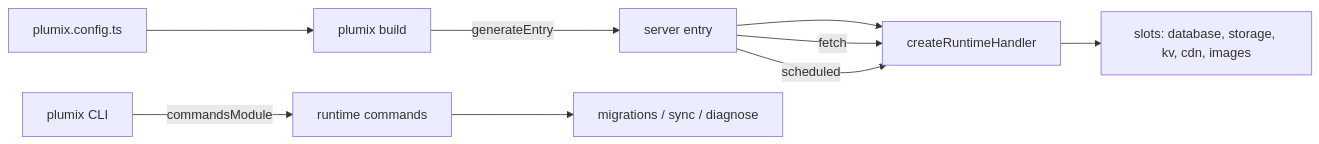
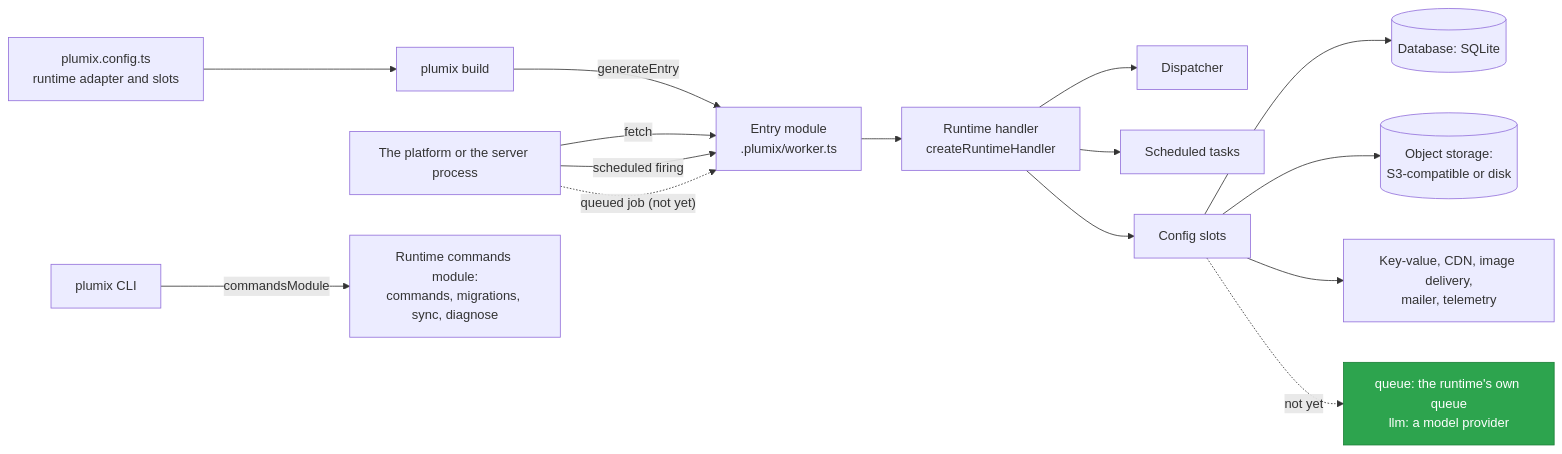
One commit to withplumix/plumix changed the diagram in docs/architecture/runtimes.md. Above: the diagram before and after it, drawn with Mermaid. The commit also changed other lines of this file and 21 other files, not shown here.

````diff
--- a/docs/architecture/runtimes.md
+++ b/docs/architecture/runtimes.md
@@ -14,11 +17,20 @@
 ```mermaid
 flowchart LR
-  config["plumix.config.ts"] --> build["plumix build"]
-  build -->|generateEntry| entry["server entry"]
-  entry --> handler["createRuntimeHandler"]
-  handler --> slots["slots: database, storage, kv, cdn, images"]
-  entry -->|fetch| handler
-  entry -->|scheduled| handler
-  cli["plumix CLI"] -->|commandsModule| cmds["runtime commands"]
-  cmds --> mig["migrations / sync / diagnose"]
+  config["plumix.config.ts<br/>runtime adapter and slots"] --> build["plumix build"]
+  build -- "generateEntry" --> entry["Entry module<br/>.plumix/worker.ts"]
+  platform["The platform or the server process"] -- "fetch" --> entry
+  platform -- "scheduled firing" --> entry
+  platform -. "queued job (not yet)" .-> entry
+  entry --> handler["Runtime handler<br/>createRuntimeHandler"]
+  handler --> dispatcher["Dispatcher"]
+  handler --> sched["Scheduled tasks"]
+  handler --> slots["Config slots"]
+  slots --> db[("Database: SQLite")]
+  slots --> files[("Object storage:<br/>S3-compatible or disk")]
+  slots --> other["Key-value, CDN, image delivery,<br/>mailer, telemetry"]
+  slots -. "not yet" .-> later["queue: the runtime's own queue<br/>llm: a model provider"]
+  cli["plumix CLI"] -- "commandsModule" --> cmds["Runtime commands module:<br/>commands, migrations, sync, diagnose"]
+
+  classDef goal fill:#2da44e,stroke:#1a7f37,color:#fff
+  class later goal
 ```
````
